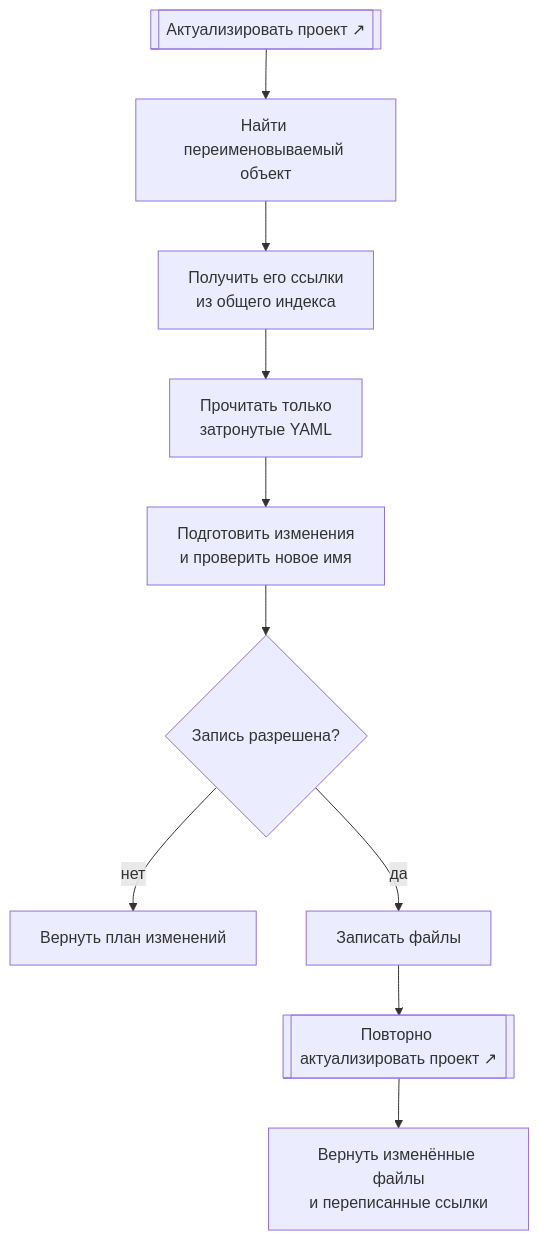
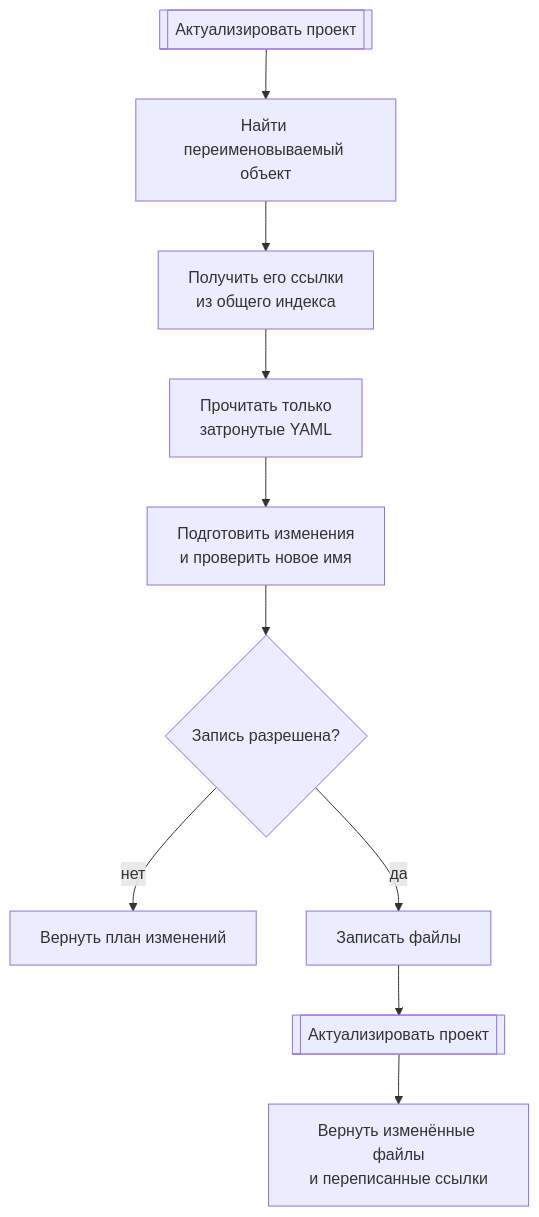
One commit to crimsongoldteam/nkdk changed the ninth of 10 diagrams in .agents/architecture.md. Above: the diagram before and after it, drawn with Mermaid. The commit also changed other lines of this file and 1 other file, not shown here.

First line of the commit message:
docs: :memo: актуализировать архитектурный монитор

````diff
--- a/.agents/architecture.md
+++ b/.agents/architecture.md
@@ -231,17 +291,17 @@
 ```mermaid
 flowchart TD
-  refreshBefore[["Актуализировать проект ↗"]]
+  refreshBefore[["Актуализировать проект"]]
   target["Найти переименовываемый объект"]
   references["Получить его ссылки<br/>из общего индекса"]
   affected["Прочитать только<br/>затронутые YAML"]
   plan["Подготовить изменения<br/>и проверить новое имя"]
   write{"Запись разрешена?"}
   preview["Вернуть план изменений"]
   apply["Записать файлы"]
-  refreshAfter[["Повторно актуализировать проект ↗"]]
+  refreshAfter[["Актуализировать проект"]]
   result["Вернуть изменённые файлы<br/>и переписанные ссылки"]
 
   refreshBefore --> target --> references --> affected --> plan --> write
   write -- "нет" --> preview
   write -- "да" --> apply --> refreshAfter --> result
 ```
````
